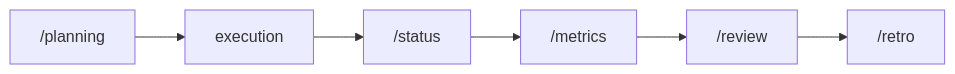
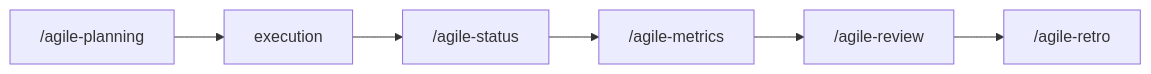
Before and after one commit to djalmajr/essential-skills: the diagram in skills/agile-metrics/SKILL.md, drawn with Mermaid. The commit also changed other lines of this file and 16 other files, not shown here.

````diff
--- a/skills/agile-metrics/SKILL.md
+++ b/skills/agile-metrics/SKILL.md
@@ -134,8 +134,8 @@
 ```mermaid
 flowchart LR
-    A["/planning"] --> B[execution]
-    B --> C["/status"]
-    C --> D["/metrics"]
-    D --> E["/review"]
-    E --> F["/retro"]
+    A["/agile-planning"] --> B[execution]
+    B --> C["/agile-status"]
+    C --> D["/agile-metrics"]
+    D --> E["/agile-review"]
+    E --> F["/agile-retro"]
 ```
````
